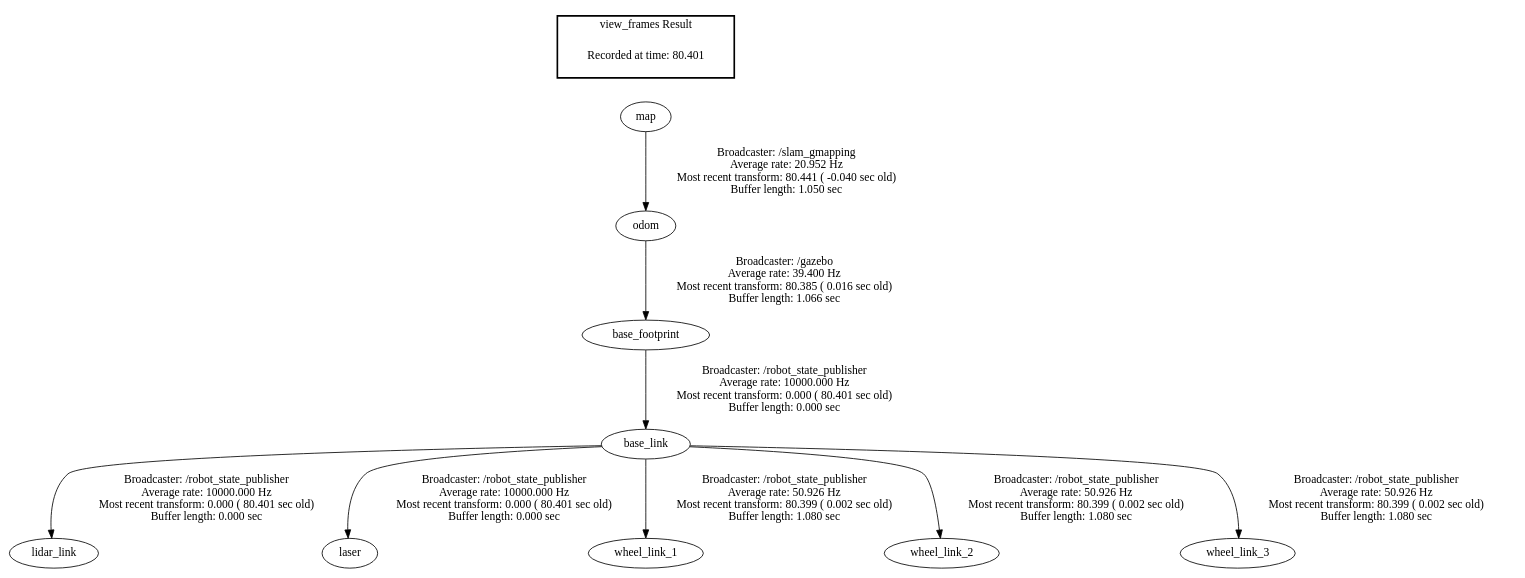
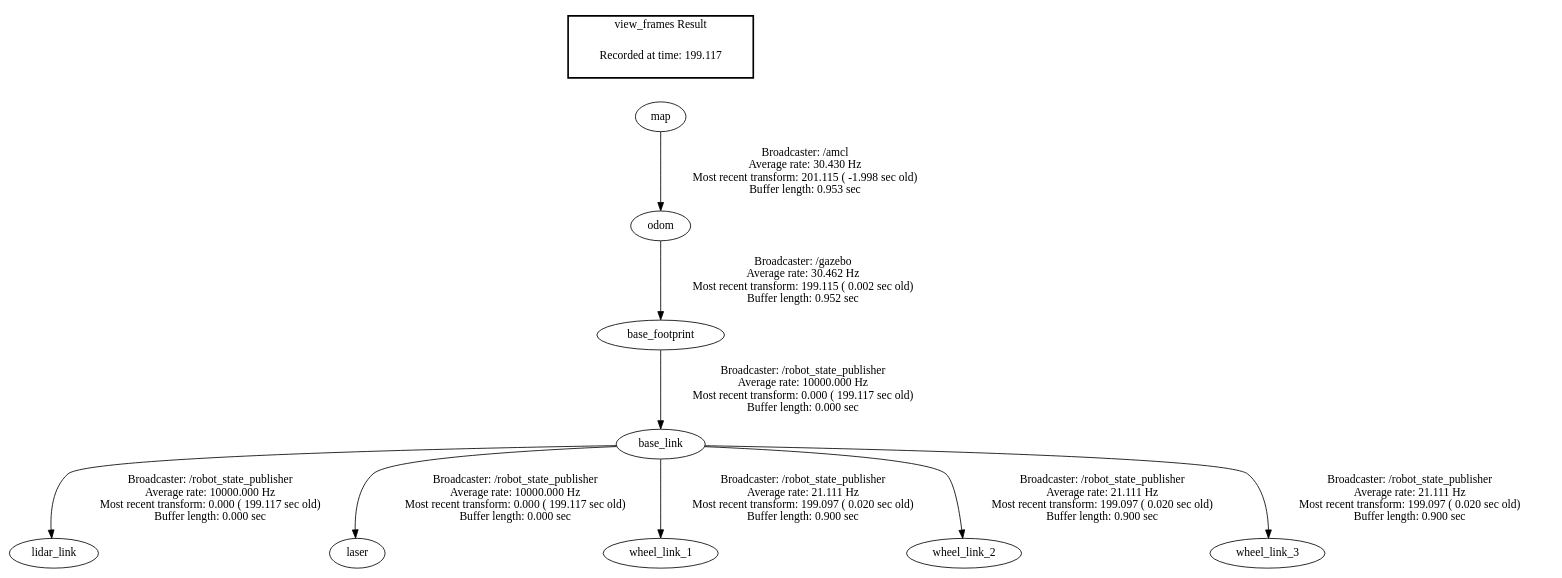
The diagram in main/arobota2/frames.gv (chanun3571/testswarm1), drawn with Graphviz before and after one commit. The commit also changed 5 other files, not shown here.

```diff
--- a/main/arobota2/frames.gv
+++ b/main/arobota2/frames.gv
@@ -1,14 +1,14 @@
 digraph G {
-"base_link" -> "lidar_link"[label="Broadcaster: /robot_state_publisher\nAverage rate: 10000.000 Hz\nMost recent transform: 0.000 ( 80.401 sec old)\nBuffer length: 0.000 sec\n"];
-"base_footprint" -> "base_link"[label="Broadcaster: /robot_state_publisher\nAverage rate: 10000.000 Hz\nMost recent transform: 0.000 ( 80.401 sec old)\nBuffer length: 0.000 sec\n"];
-"odom" -> "base_footprint"[label="Broadcaster: /gazebo\nAverage rate: 39.400 Hz\nMost recent transform: 80.385 ( 0.016 sec old)\nBuffer length: 1.066 sec\n"];
-"base_link" -> "laser"[label="Broadcaster: /robot_state_publisher\nAverage rate: 10000.000 Hz\nMost recent transform: 0.000 ( 80.401 sec old)\nBuffer length: 0.000 sec\n"];
-"map" -> "odom"[label="Broadcaster: /slam_gmapping\nAverage rate: 20.952 Hz\nMost recent transform: 80.441 ( -0.040 sec old)\nBuffer length: 1.050 sec\n"];
-"base_link" -> "wheel_link_1"[label="Broadcaster: /robot_state_publisher\nAverage rate: 50.926 Hz\nMost recent transform: 80.399 ( 0.002 sec old)\nBuffer length: 1.080 sec\n"];
-"base_link" -> "wheel_link_2"[label="Broadcaster: /robot_state_publisher\nAverage rate: 50.926 Hz\nMost recent transform: 80.399 ( 0.002 sec old)\nBuffer length: 1.080 sec\n"];
-"base_link" -> "wheel_link_3"[label="Broadcaster: /robot_state_publisher\nAverage rate: 50.926 Hz\nMost recent transform: 80.399 ( 0.002 sec old)\nBuffer length: 1.080 sec\n"];
+"base_link" -> "lidar_link"[label="Broadcaster: /robot_state_publisher\nAverage rate: 10000.000 Hz\nMost recent transform: 0.000 ( 199.117 sec old)\nBuffer length: 0.000 sec\n"];
+"base_footprint" -> "base_link"[label="Broadcaster: /robot_state_publisher\nAverage rate: 10000.000 Hz\nMost recent transform: 0.000 ( 199.117 sec old)\nBuffer length: 0.000 sec\n"];
+"odom" -> "base_footprint"[label="Broadcaster: /gazebo\nAverage rate: 30.462 Hz\nMost recent transform: 199.115 ( 0.002 sec old)\nBuffer length: 0.952 sec\n"];
+"base_link" -> "laser"[label="Broadcaster: /robot_state_publisher\nAverage rate: 10000.000 Hz\nMost recent transform: 0.000 ( 199.117 sec old)\nBuffer length: 0.000 sec\n"];
+"map" -> "odom"[label="Broadcaster: /amcl\nAverage rate: 30.430 Hz\nMost recent transform: 201.115 ( -1.998 sec old)\nBuffer length: 0.953 sec\n"];
+"base_link" -> "wheel_link_1"[label="Broadcaster: /robot_state_publisher\nAverage rate: 21.111 Hz\nMost recent transform: 199.097 ( 0.020 sec old)\nBuffer length: 0.900 sec\n"];
+"base_link" -> "wheel_link_2"[label="Broadcaster: /robot_state_publisher\nAverage rate: 21.111 Hz\nMost recent transform: 199.097 ( 0.020 sec old)\nBuffer length: 0.900 sec\n"];
+"base_link" -> "wheel_link_3"[label="Broadcaster: /robot_state_publisher\nAverage rate: 21.111 Hz\nMost recent transform: 199.097 ( 0.020 sec old)\nBuffer length: 0.900 sec\n"];
 edge [style=invis];
  subgraph cluster_legend { style=bold; color=black; label ="view_frames Result";
-"Recorded at time: 80.401"[ shape=plaintext ] ;
+"Recorded at time: 199.117"[ shape=plaintext ] ;
  }->"map";
 }
```
